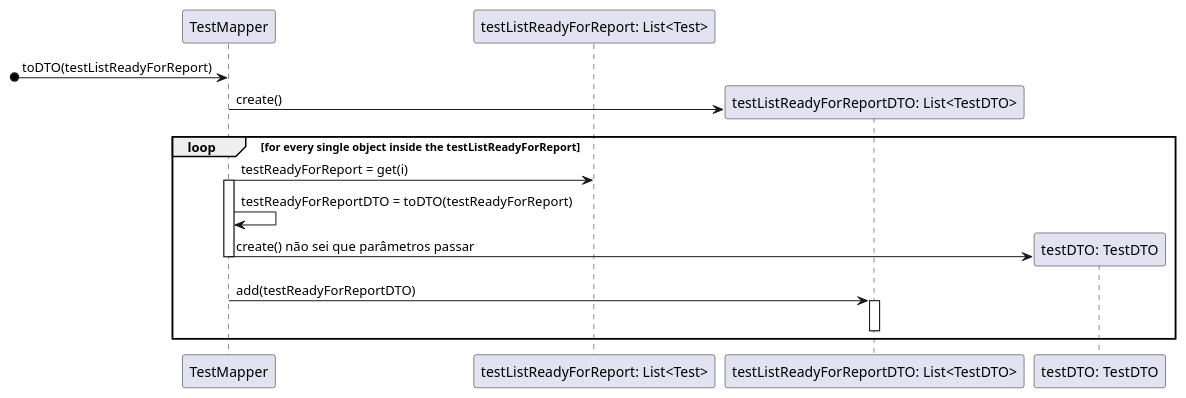
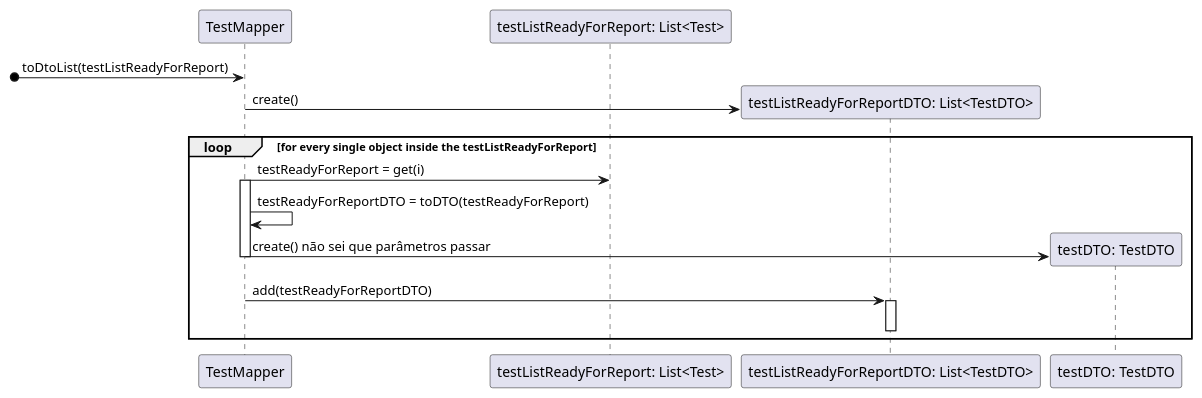
The diagram in docs/SprintC/US14/SD_TestListReadyForReportToDTO.puml (MadDinosaur/ISEP-LAPR2), drawn with PlantUML before and after one commit. The commit also changed 6 other files, not shown here.

```diff
--- a/docs/SprintC/US14/SD_TestListReadyForReportToDTO.puml
+++ b/docs/SprintC/US14/SD_TestListReadyForReportToDTO.puml
@@ -1,24 +1,24 @@
 @startuml
 
 participant TestMapper as tm
 participant "testListReadyForReport: List<Test>" as tlrfr
 participant "testListReadyForReportDTO: List<TestDTO>" as tlrdto
 participant "testDTO: TestDTO" as tdto
 
 
 
-[o-> tm: toDTO(testListReadyForReport)
+[o-> tm: toDtoList(testListReadyForReport)
 create tlrdto
 tm -> tlrdto: create()
 loop for every single object inside the testListReadyForReport
 tm -> tlrfr: testReadyForReport = get(i)
 activate tm
 tm -> tm: testReadyForReportDTO = toDTO(testReadyForReport)
 create tdto
 tm -> tdto: create() não sei que parâmetros passar
 deactivate tm
 tm -> tlrdto: add(testReadyForReportDTO)
 activate tlrdto
 deactivate tlrdto
 end loop
 @enduml
```
